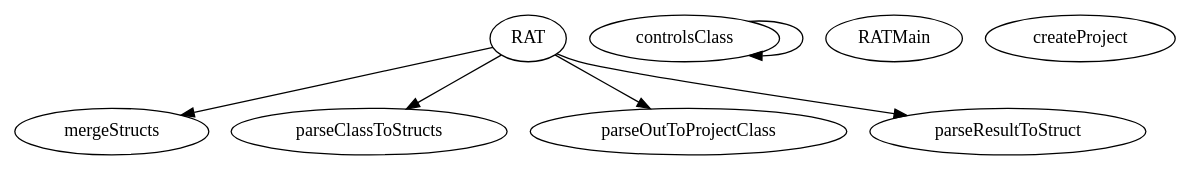
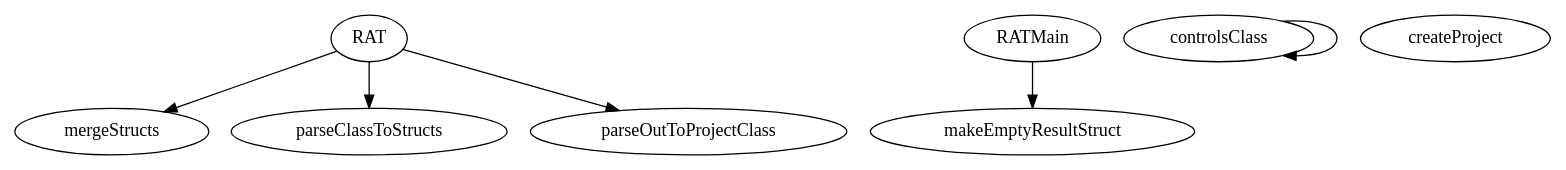
The diagram in master/api_reference/API/graph.dot (RascalSoftware/RAT), drawn with Graphviz before and after one commit. The commit also changed 313 other files, not shown here.

```diff
--- a/master/api_reference/API/graph.dot
+++ b/master/api_reference/API/graph.dot
@@ -1,17 +1,17 @@
 /* Created by mdot for Matlab */
 digraph m2html {
   RAT -> mergeStructs;
   RAT -> parseClassToStructs;
   RAT -> parseOutToProjectClass;
-  RAT -> parseResultToStruct;
+  RATMain -> makeEmptyResultStruct;
   controlsClass -> controlsClass;
 
   RAT [URL="RAT.html"];
   RATMain [URL="RATMain.html"];
   controlsClass [URL="controlsClass.html"];
   createProject [URL="createProject.html"];
+  makeEmptyResultStruct [URL="makeEmptyResultStruct.html"];
   mergeStructs [URL="mergeStructs.html"];
   parseClassToStructs [URL="parseClassToStructs.html"];
   parseOutToProjectClass [URL="parseOutToProjectClass.html"];
-  parseResultToStruct [URL="parseResultToStruct.html"];
 }
```
